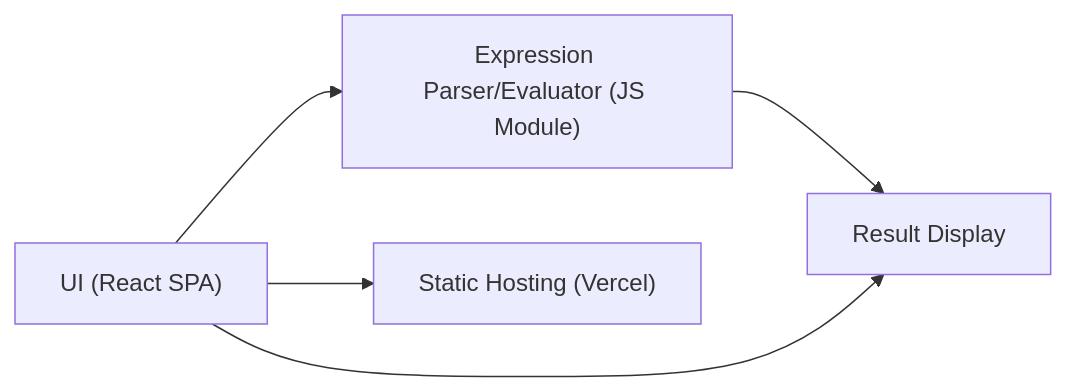
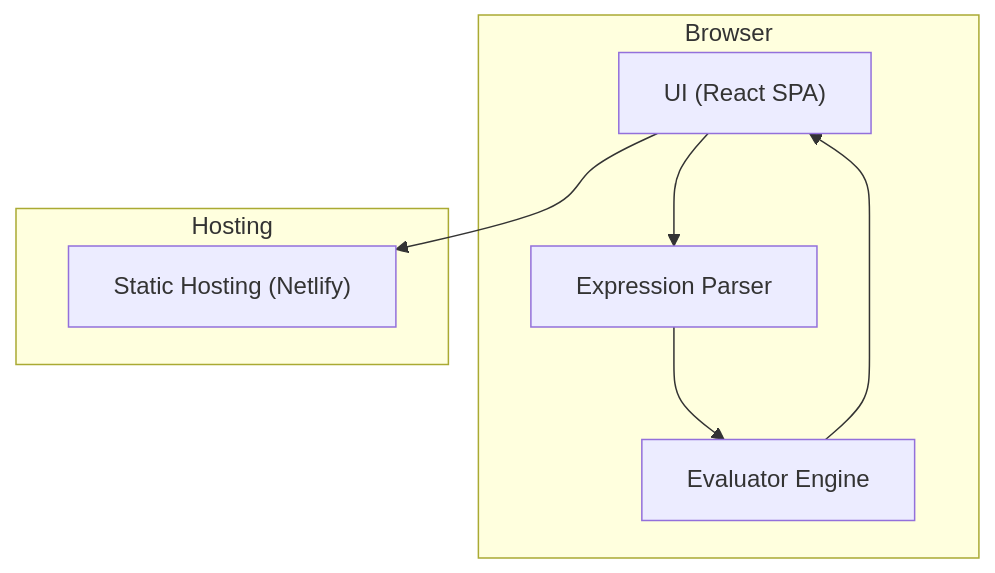
One commit to ErezKon/AgenticDevTeam changed the diagram in generated-projects/simplecalculator/docs/agents/architect-mission.md. Above: the diagram before and after it, drawn with Mermaid. The commit also changed other lines of this file, not shown here.

Commit message:
[simplecalculator]-docs: architect mission report

````diff
--- a/generated-projects/simplecalculator/docs/agents/architect-mission.md
+++ b/generated-projects/simplecalculator/docs/agents/architect-mission.md
@@ -37,7 +38,15 @@
 ```mermaid
-graph LR
-    UI["UI (React SPA)"] --> Parser["Expression Parser/Evaluator (JS Module)"]
-    Parser --> Result[Result Display]
-    UI --> Result
-    UI --> Host["Static Hosting (Vercel)"]
+graph TD
+    subgraph Browser
+        UI["UI (React SPA)"]
+        Parser[Expression Parser]
+        Evaluator[Evaluator Engine]
+    end
+    subgraph Hosting
+        StaticHost["Static Hosting (Netlify)"]
+    end
+    UI --> Parser
+    Parser --> Evaluator
+    Evaluator --> UI
+    UI --> StaticHost
 ```
````
